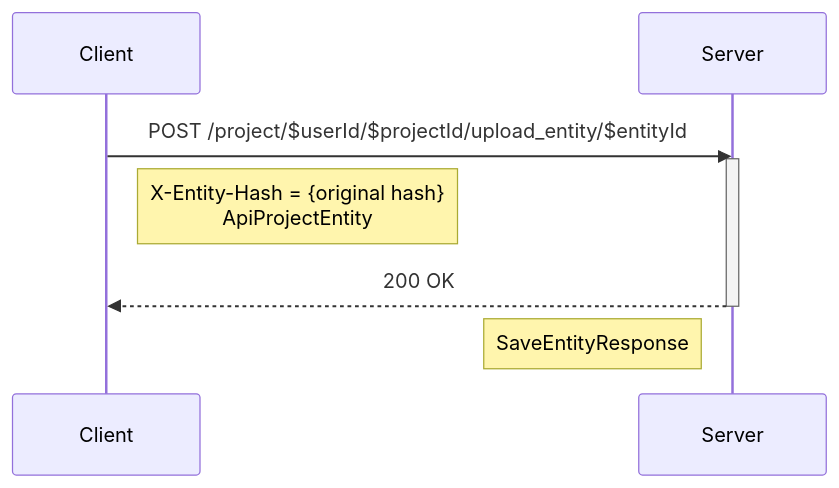
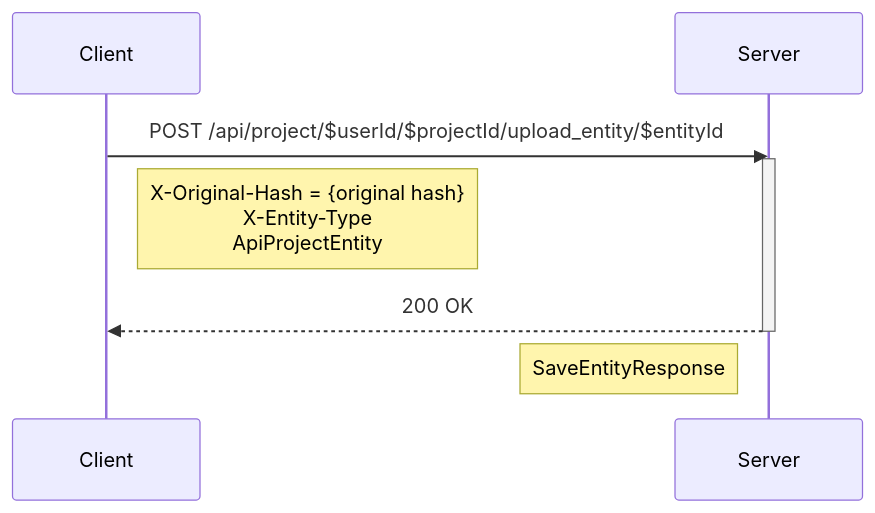
The seventh of 11 diagrams in docs/SYNCING-PROTOCOL.md (Darkrock-Studios/hammer-editor), drawn with Mermaid before and after one commit. The commit also changed other lines of this file, not shown here.

````diff
--- a/docs/SYNCING-PROTOCOL.md
+++ b/docs/SYNCING-PROTOCOL.md
@@ -364,14 +376,14 @@
 ```mermaid
 sequenceDiagram
     participant Client
     participant Server
 
-    Client->>Server: POST /project/$userId/$projectId/upload_entity/$entityId
+    Client->>Server: POST /api/project/$userId/$projectId/upload_entity/$entityId
 	activate Server
-	Note right of Client: X-Entity-Hash = {original hash} <br /> ApiProjectEntity
+	Note right of Client: X-Original-Hash = {original hash} <br /> X-Entity-Type <br /> ApiProjectEntity
 
 	Server -->> Client: 200 OK
 	deactivate Server
 	activate Client
 	Note left of Server: SaveEntityResponse
 ```
````
